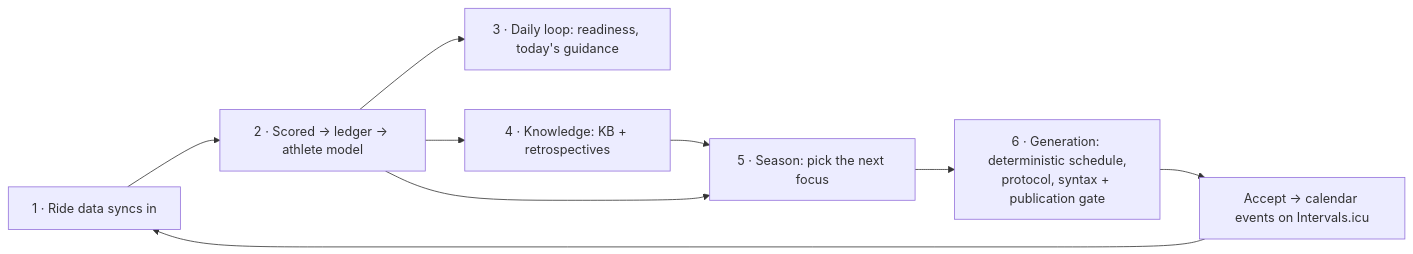
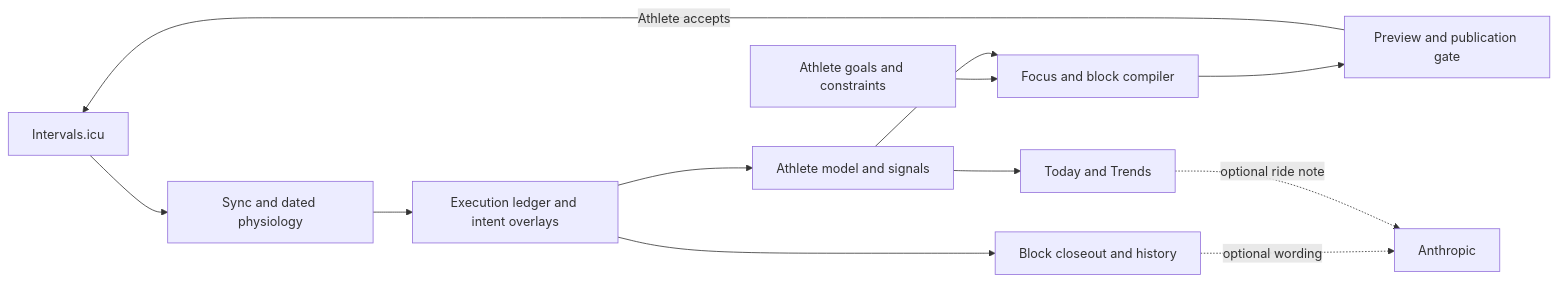
Before and after one commit to Xon333/NodeVelo: the diagram in docs/COMPASS.md, drawn with Mermaid. The commit also changed other lines of this file and 43 other files, not shown here.

````diff
--- a/docs/COMPASS.md
+++ b/docs/COMPASS.md
@@ -9,11 +12,14 @@
 ```mermaid
 flowchart LR
-  A[1 · Ride data syncs in] --> B[2 · Scored → ledger → athlete model]
-  B --> C[3 · Daily loop: readiness, today's guidance]
-  B --> D[4 · Knowledge: KB + retrospectives]
-  D --> E[5 · Season: pick the next focus]
-  B --> E
-  E --> F[6 · Generation: deterministic schedule,\nprotocol, syntax + publication gate]
-  F --> G[Accept → calendar events on Intervals.icu]
-  G --> A
+  I[Intervals.icu] --> S[Sync and dated physiology]
+  S --> L[Execution ledger and intent overlays]
+  L --> M[Athlete model and signals]
+  A[Athlete goals and constraints] --> F[Focus and block compiler]
+  M --> F
+  M --> T[Today and Trends]
+  F --> G[Preview and publication gate]
+  G -->|Athlete accepts| I
+  L --> H[Block closeout and history]
+  H -. optional wording .-> AI[Anthropic]
+  T -. optional ride note .-> AI
 ```
````
